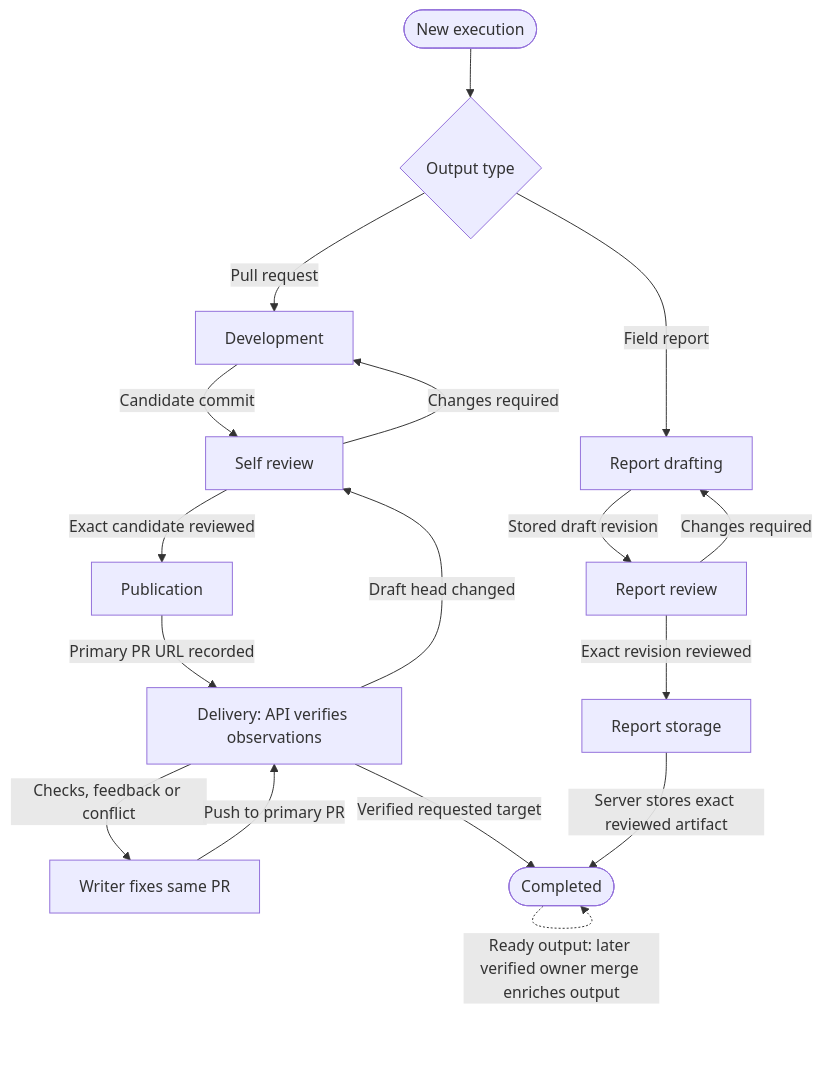
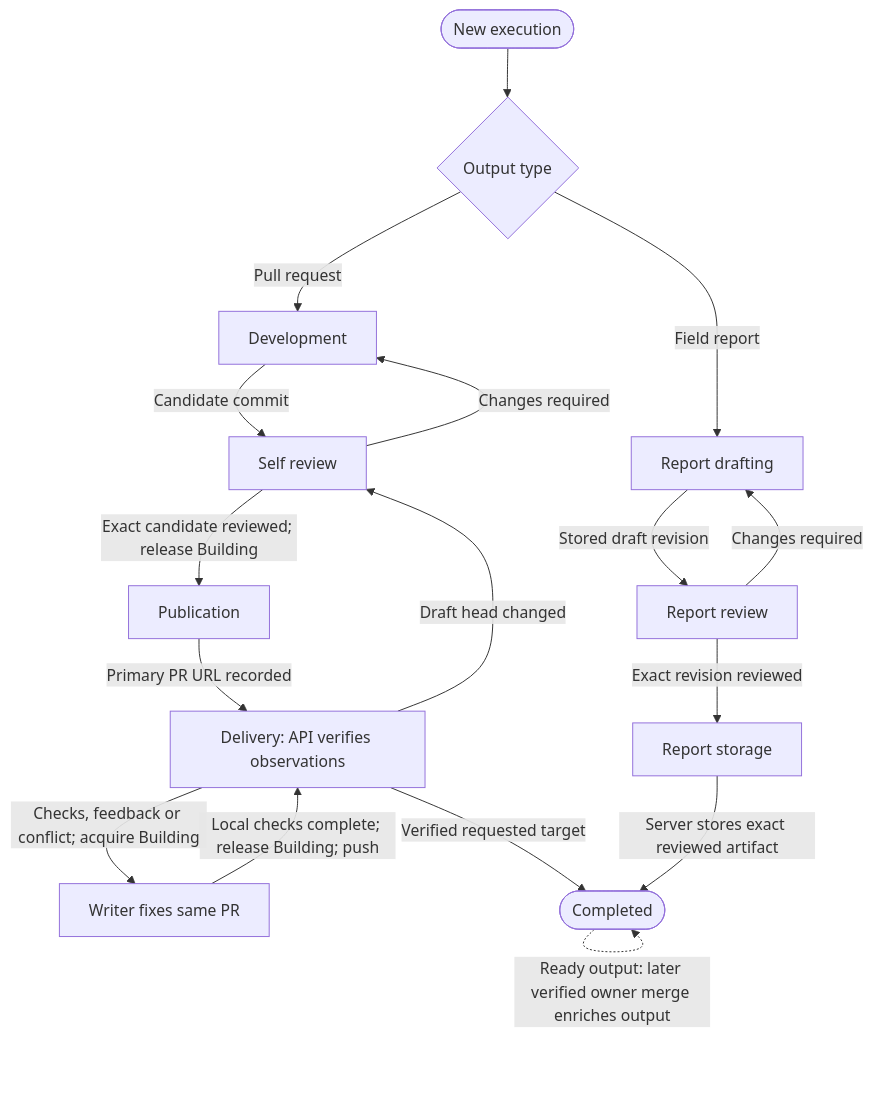
The first of 2 diagrams in STATE_MACHINE.md (caltseng/phalanx), drawn with Mermaid before and after one commit. The commit also changed other lines of this file and 29 other files, not shown here.

First line of the commit message:
Complete dual writer capacity lifecycle, reporting and rollout regressions

````diff
--- a/STATE_MACHINE.md
+++ b/STATE_MACHINE.md
@@ -25,21 +25,21 @@
 ```mermaid
 flowchart TD
     accTitle: Direct PR and report lifecycle
     accDescr: One writer develops, self-reviews and publishes a primary PR. Reconciler observations verify delivery. Reports use drafting, exact-revision review and server storage. Findings loop back without a separate PR executor.
     Start([New execution]) --> Kind{Output type}
     Kind -->|Pull request| Dev[Development]
     Kind -->|Field report| Draft[Report drafting]
     Dev -->|Candidate commit| Self[Self review]
     Self -->|Changes required| Dev
-    Self -->|Exact candidate reviewed| Publish[Publication]
+    Self -->|Exact candidate reviewed; release Building| Publish[Publication]
     Publish -->|Primary PR URL recorded| Deliver[Delivery: API verifies observations]
-    Deliver -->|Checks, feedback or conflict| Fix[Writer fixes same PR]
-    Fix -->|Push to primary PR| Deliver
+    Deliver -->|Checks, feedback or conflict; acquire Building| Fix[Writer fixes same PR]
+    Fix -->|Local checks complete; release Building; push| Deliver
     Deliver -->|Draft head changed| Self
     Deliver -->|Verified requested target| Done([Completed])
     Draft -->|Stored draft revision| ReportReview[Report review]
     ReportReview -->|Changes required| Draft
     ReportReview -->|Exact revision reviewed| Store[Report storage]
     Store -->|Server stores exact reviewed artifact| Done
     Done -.->|Ready output: later verified owner merge enriches output| Done
 ```
````
